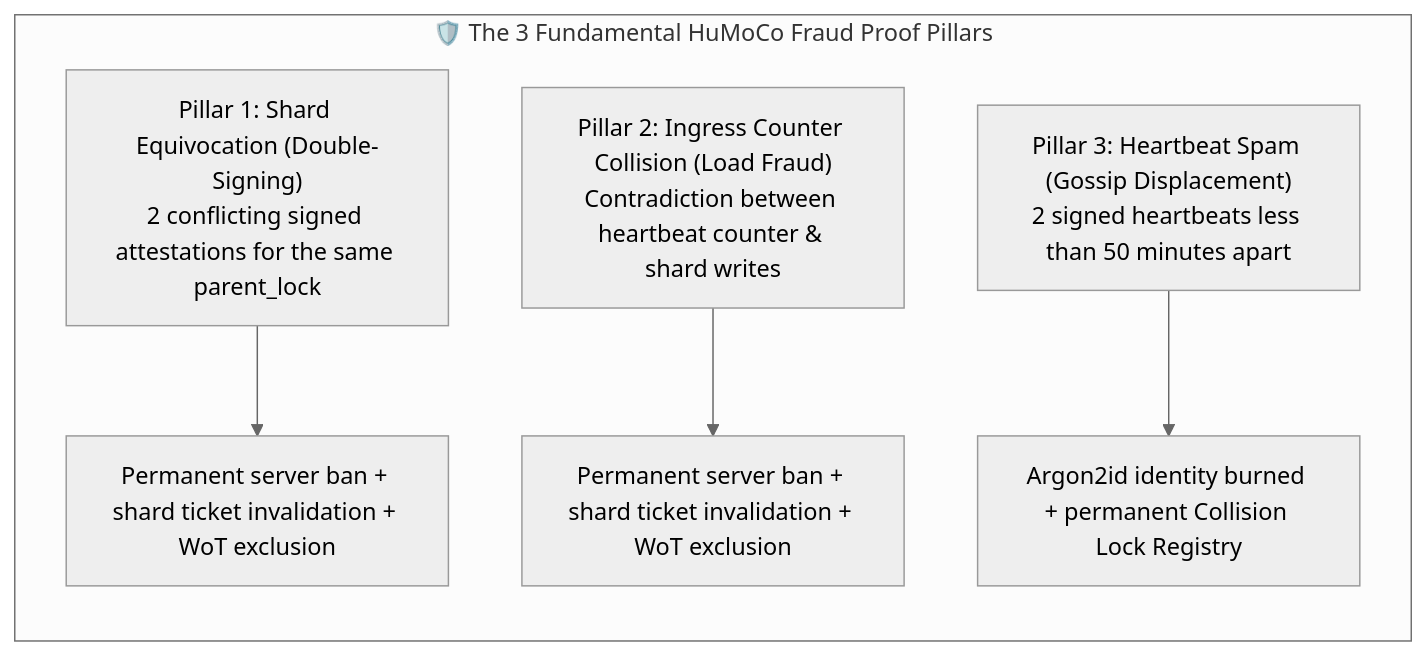
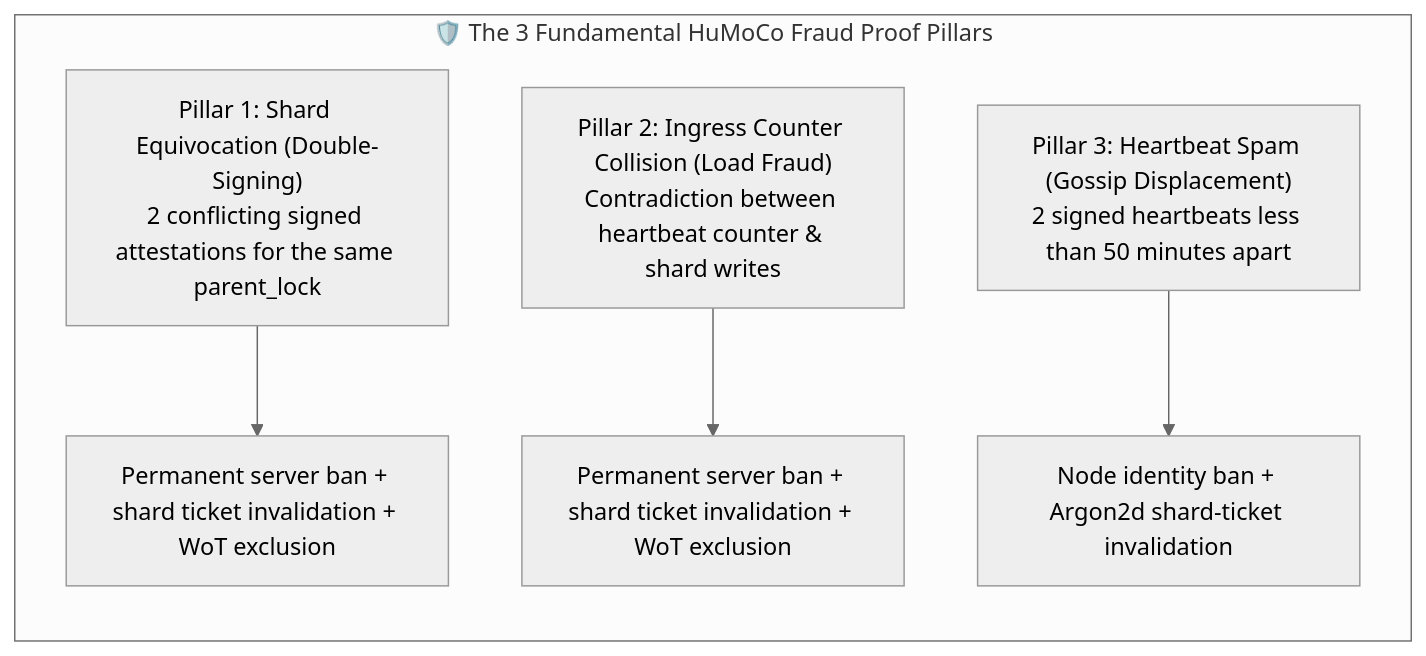
Before and after one commit to minutogit/human-money-node: the fourth of 4 diagrams in docs/10_p2p_wire_format_und_session_framing.md, drawn with Mermaid (neutral theme). The commit also changed other lines of this file and 36 other files, not shown here.

Commit message:
docs: align domain terminology and preserve architecture interview progress

````diff
--- a/docs/10_p2p_wire_format_und_session_framing.md
+++ b/docs/10_p2p_wire_format_und_session_framing.md
@@ -387,9 +387,9 @@
 ```mermaid
 flowchart TD
     subgraph FraudPillars["🛡️ The 3 Fundamental HuMoCo Fraud Proof Pillars"]
         direction TB
         F1["Pillar 1: Shard Equivocation (Double-Signing)<br>2 conflicting signed attestations for the same parent_lock"] --> S1["Permanent server ban + shard ticket invalidation + WoT exclusion"]
         F2["Pillar 2: Ingress Counter Collision (Load Fraud)<br>Contradiction between heartbeat counter & shard writes"] --> S2["Permanent server ban + shard ticket invalidation + WoT exclusion"]
-        F3["Pillar 3: Heartbeat Spam (Gossip Displacement)<br>2 signed heartbeats less than 50 minutes apart"] --> S3["Argon2id identity burned + permanent Collision Lock Registry"]
+        F3["Pillar 3: Heartbeat Spam (Gossip Displacement)<br>2 signed heartbeats less than 50 minutes apart"] --> S3["Node identity ban + Argon2d shard-ticket invalidation"]
     end
 ```
````
